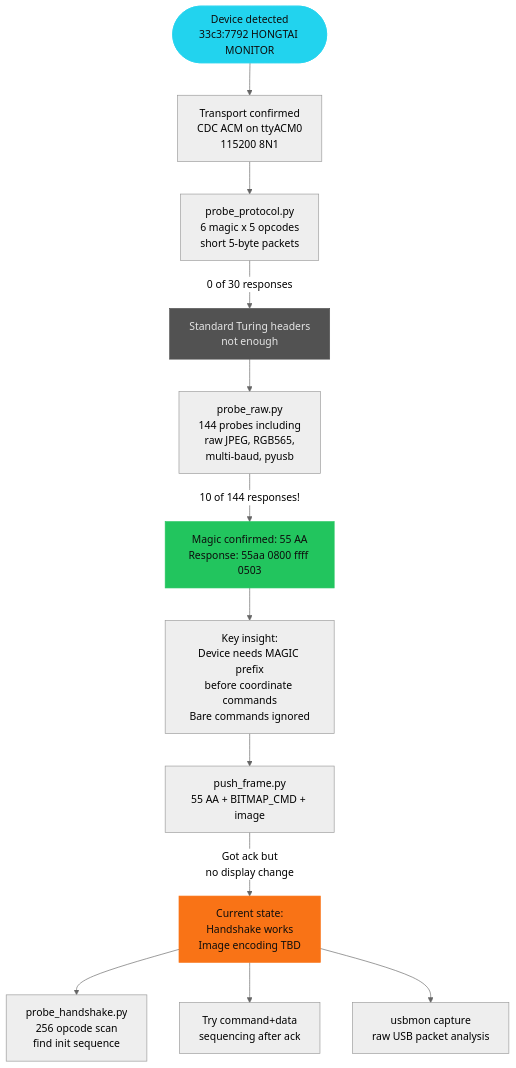
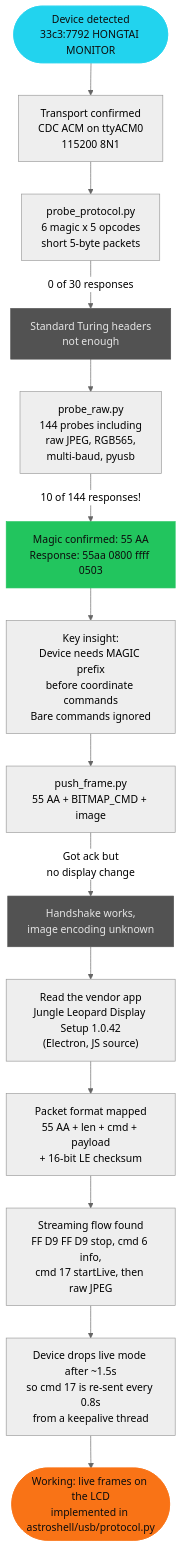
Before and after one commit to effecet/astroshell-lcd: the diagram in docs/protocol-discovery.md, drawn with Mermaid (neutral theme). The commit also changed other lines of this file and 7 other files, not shown here.

````diff
--- a/docs/protocol-discovery.md
+++ b/docs/protocol-discovery.md
@@ -3,28 +6,31 @@
 ```mermaid
 flowchart TD
     START(["Device detected<br/>33c3:7792 HONGTAI MONITOR"]) --> TRANSPORT
 
     TRANSPORT["Transport confirmed<br/>CDC ACM on ttyACM0<br/>115200 8N1"]
 
     TRANSPORT --> PROBE1["probe_protocol.py<br/>6 magic x 5 opcodes<br/>short 5-byte packets"]
     PROBE1 -->|"0 of 30 responses"| FAIL1["Standard Turing headers<br/>not enough"]
 
     FAIL1 --> PROBE2["probe_raw.py<br/>144 probes including<br/>raw JPEG, RGB565,<br/>multi-baud, pyusb"]
     PROBE2 -->|"10 of 144 responses!"| HIT["Magic confirmed: 55 AA<br/>Response: 55aa 0800 ffff 0503"]
 
     HIT --> INSIGHT["Key insight:<br/>Device needs MAGIC prefix<br/>before coordinate commands<br/>Bare commands ignored"]
 
     INSIGHT --> PUSH["push_frame.py<br/>55 AA + BITMAP_CMD + image"]
-    PUSH -->|"Got ack but<br/>no display change"| CURRENT
+    PUSH -->|"Got ack but<br/>no display change"| STUCK
 
-    CURRENT["Current state:<br/>Handshake works<br/>Image encoding TBD"]
+    STUCK["Handshake works,<br/>image encoding unknown"]
+    STUCK --> APP["Read the vendor app<br/>Jungle Leopard Display Setup 1.0.42<br/>(Electron, JS source)"]
 
-    CURRENT --> NEXT1["probe_handshake.py<br/>256 opcode scan<br/>find init sequence"]
-    CURRENT --> NEXT2["Try command+data<br/>sequencing after ack"]
-    CURRENT --> NEXT3["usbmon capture<br/>raw USB packet analysis"]
+    APP --> FORMAT["Packet format mapped<br/>55 AA + len + cmd + payload<br/>+ 16-bit LE checksum"]
+    FORMAT --> FLOW["Streaming flow found<br/>FF D9 FF D9 stop, cmd 6 info,<br/>cmd 17 startLive, then raw JPEG"]
+    FLOW --> KEEP["Device drops live mode after ~1.5s<br/>so cmd 17 is re-sent every 0.8s<br/>from a keepalive thread"]
+    KEEP --> DONE(["Working: live frames on the LCD<br/>implemented in astroshell/usb/protocol.py"])
 
     style START fill:#22d3ee,stroke:#22d3ee,color:#0d0d0d
     style HIT fill:#22c55e,stroke:#22c55e,color:#0d0d0d
-    style CURRENT fill:#f97316,stroke:#f97316,color:#0d0d0d
+    style STUCK fill:#525252,stroke:#525252,color:#e5e5e5
+    style DONE fill:#f97316,stroke:#f97316,color:#0d0d0d
     style FAIL1 fill:#525252,stroke:#525252,color:#e5e5e5
 ```
````
